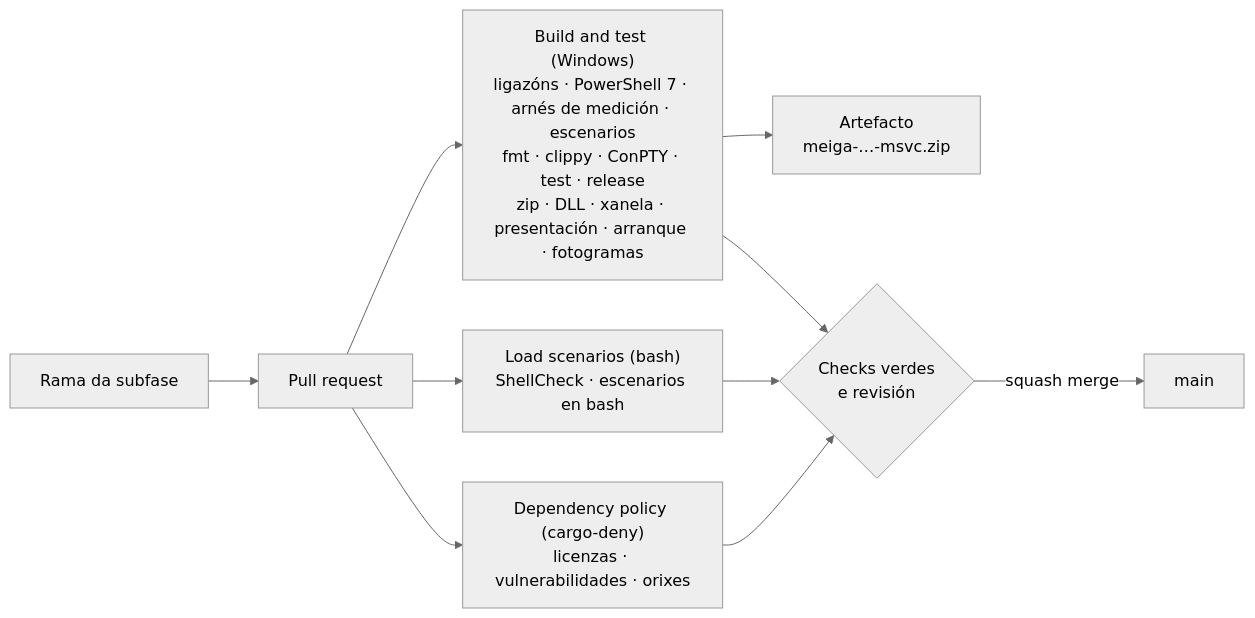
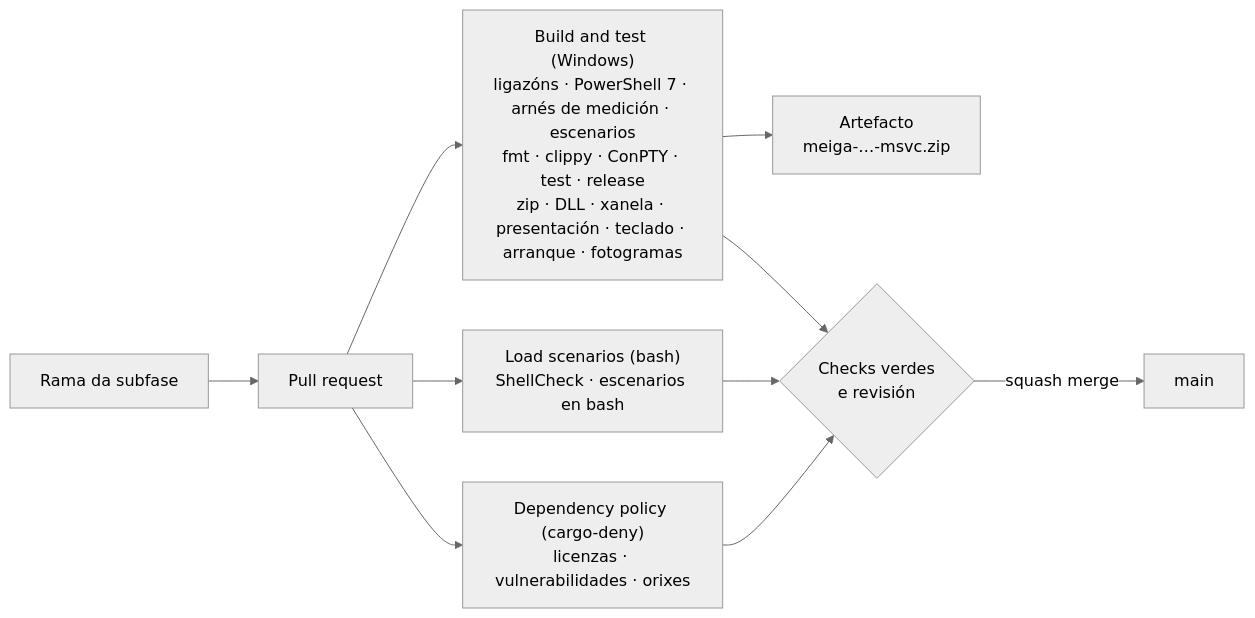
Before and after one commit to NewHouses/meiga: the ninth of 11 diagrams in docs/arquitectura.md, drawn with Mermaid (neutral theme). The commit also changed other lines of this file and 28 other files, not shown here.

````diff
--- a/docs/arquitectura.md
+++ b/docs/arquitectura.md
@@ -237,12 +263,12 @@
 ```mermaid
 flowchart LR
     rama["Rama da subfase"] --> pr["Pull request"]
-    pr --> win["Build and test (Windows)<br/>ligazóns · PowerShell 7 · arnés de medición · escenarios<br/>fmt · clippy · ConPTY · test · release<br/>zip · DLL · xanela · presentación · arranque · fotogramas"]
+    pr --> win["Build and test (Windows)<br/>ligazóns · PowerShell 7 · arnés de medición · escenarios<br/>fmt · clippy · ConPTY · test · release<br/>zip · DLL · xanela · presentación · teclado · arranque · fotogramas"]
     pr --> scen["Load scenarios (bash)<br/>ShellCheck · escenarios en bash"]
     pr --> deny["Dependency policy (cargo-deny)<br/>licenzas · vulnerabilidades · orixes"]
     win --> art["Artefacto<br/>meiga-…-msvc.zip"]
     win --> ok{"Checks verdes<br/>e revisión"}
     scen --> ok
     deny --> ok
     ok -->|squash merge| main["main"]
 ```
````
